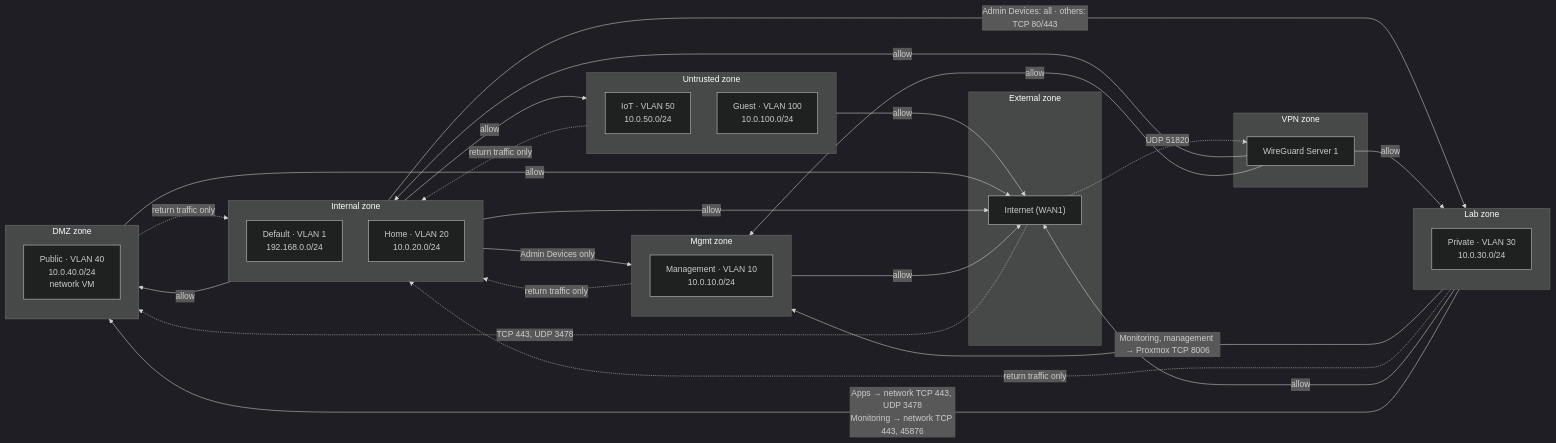
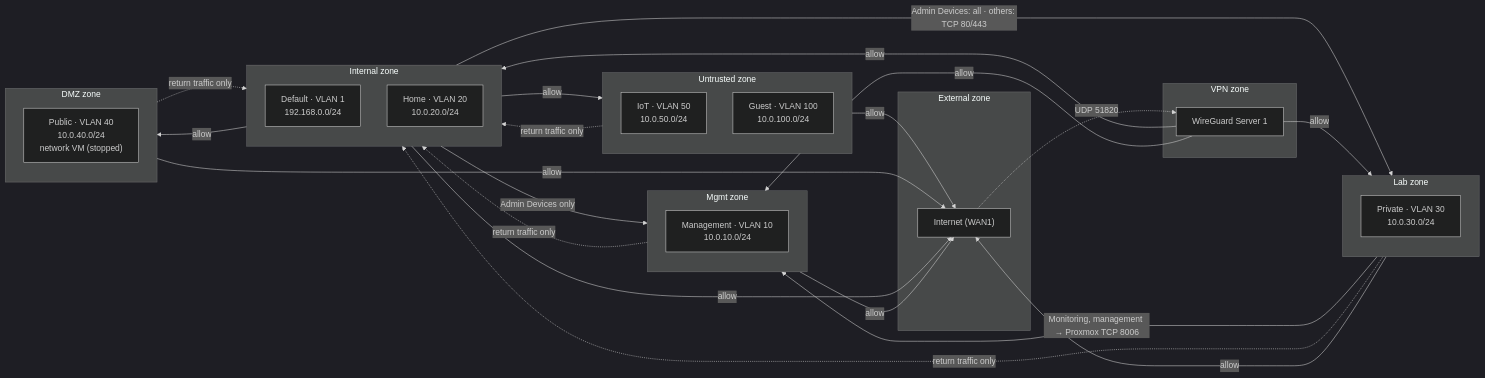
The second of 2 diagrams in README.md (shaaz-f/home-server), drawn with Mermaid (dark theme) before and after one commit. The commit also changed other lines of this file and 6 other files, not shown here.

````diff
--- a/README.md
+++ b/README.md
@@ -55,47 +55,45 @@
 ```mermaid
 flowchart LR
     subgraph EXT["External zone"]
         WAN["Internet (WAN1)"]
     end
     subgraph INT["Internal zone"]
         DEF["Default · VLAN 1<br/>192.168.0.0/24"]
         HOME["Home · VLAN 20<br/>10.0.20.0/24"]
     end
     subgraph MGZ["Mgmt zone"]
         MGMT["Management · VLAN 10<br/>10.0.10.0/24"]
     end
     subgraph LABZ["Lab zone"]
         PRIV["Private · VLAN 30<br/>10.0.30.0/24"]
     end
     subgraph UNT["Untrusted zone"]
         IOT["IoT · VLAN 50<br/>10.0.50.0/24"]
         GST["Guest · VLAN 100<br/>10.0.100.0/24"]
     end
     subgraph DMZZ["DMZ zone"]
-        PUB["Public · VLAN 40<br/>10.0.40.0/24<br/>network VM"]
+        PUB["Public · VLAN 40<br/>10.0.40.0/24<br/>network VM (stopped)"]
     end
     subgraph VPNZ["VPN zone"]
         WG["WireGuard Server 1"]
     end
 
     INT -- "Admin Devices only" --> MGZ
     INT -- "Admin Devices: all · others: TCP 80/443" --> LABZ
     LABZ -- "Monitoring, management → Proxmox TCP 8006" --> MGZ
     INT -- "allow" --> UNT
     INT -- "allow" --> DMZZ
     MGZ -. "return traffic only" .-> INT
     LABZ -. "return traffic only" .-> INT
     UNT -. "return traffic only" .-> INT
     DMZZ -. "return traffic only" .-> INT
     UNT -- "allow" --> WAN
     DMZZ -- "allow" --> WAN
     INT -- "allow" --> WAN
     MGZ -- "allow" --> WAN
     LABZ -- "allow" --> WAN
     WG -- "allow" --> INT
     WG -- "allow" --> MGZ
     WG -- "allow" --> LABZ
-    LABZ -- "Apps → network TCP 443, UDP 3478<br/>Monitoring → network TCP 443, 45876" --> DMZZ
     WAN -. "UDP 51820" .-> WG
-    WAN -. "TCP 443, UDP 3478" .-> DMZZ
 ```
````
